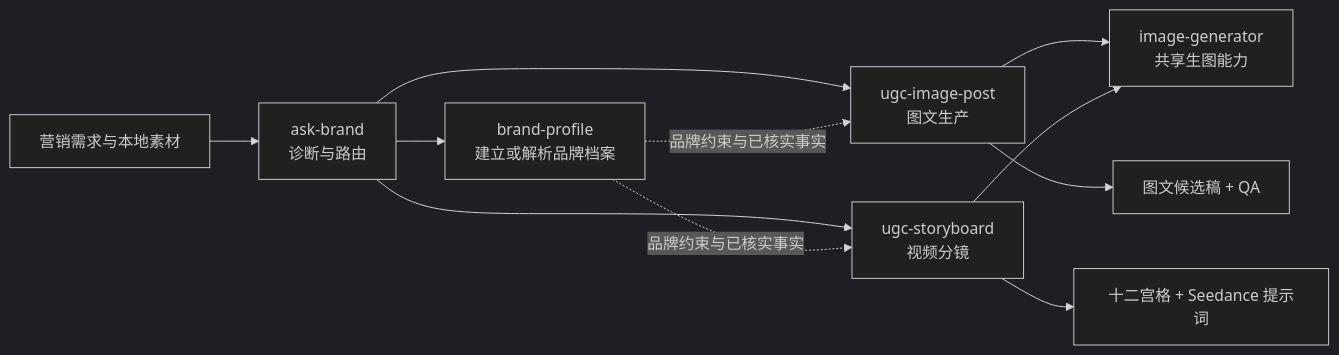
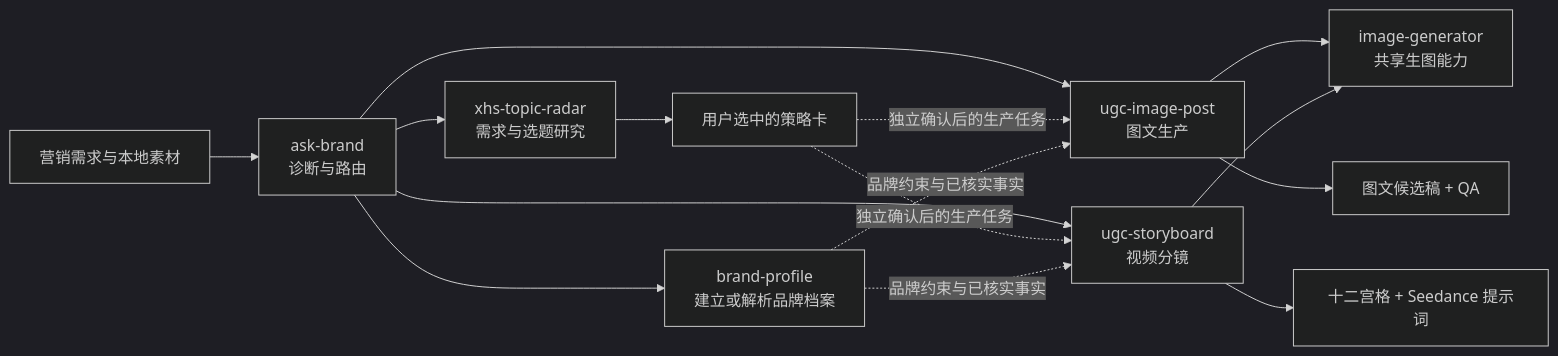
The diagram in README.zh-CN.md (haonan-c/brand-ugc), drawn with Mermaid (dark theme) before and after one commit. The commit also changed other lines of this file and 37 other files, not shown here.

Commit message:
feat: add Xiaohongshu topic radar workflow

````diff
--- a/README.zh-CN.md
+++ b/README.zh-CN.md
@@ -31,13 +32,17 @@
 ```mermaid
 flowchart LR
     U["营销需求与本地素材"] --> A["ask-brand<br/>诊断与路由"]
+    A --> T["xhs-topic-radar<br/>需求与选题研究"]
     A --> P["brand-profile<br/>建立或解析品牌档案"]
     A --> I["ugc-image-post<br/>图文生产"]
     A --> V["ugc-storyboard<br/>视频分镜"]
+    T --> S["用户选中的策略卡"]
+    S -. "独立确认后的生产任务" .-> I
+    S -. "独立确认后的生产任务" .-> V
     P -. "品牌约束与已核实事实" .-> I
     P -. "品牌约束与已核实事实" .-> V
     I --> G["image-generator<br/>共享生图能力"]
     V --> G
     I --> DI["图文候选稿 + QA"]
     V --> DV["十二宫格 + Seedance 提示词"]
 ```
````
